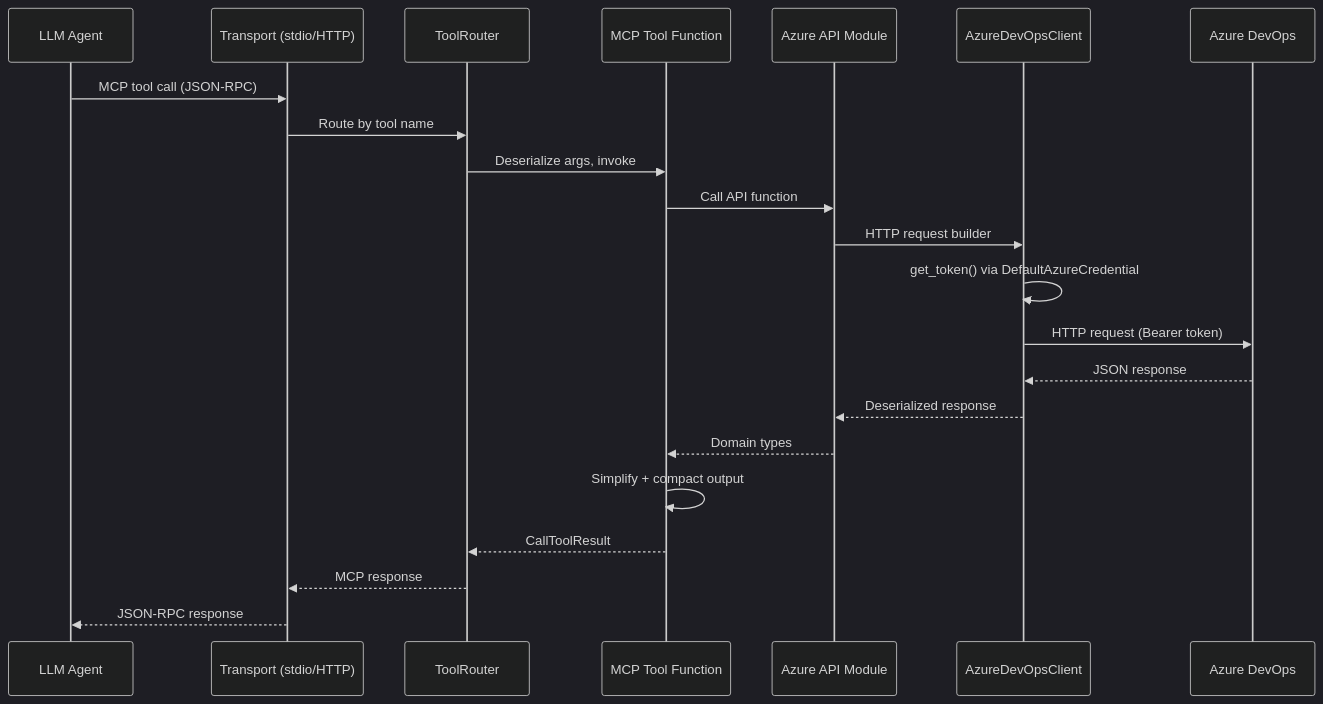
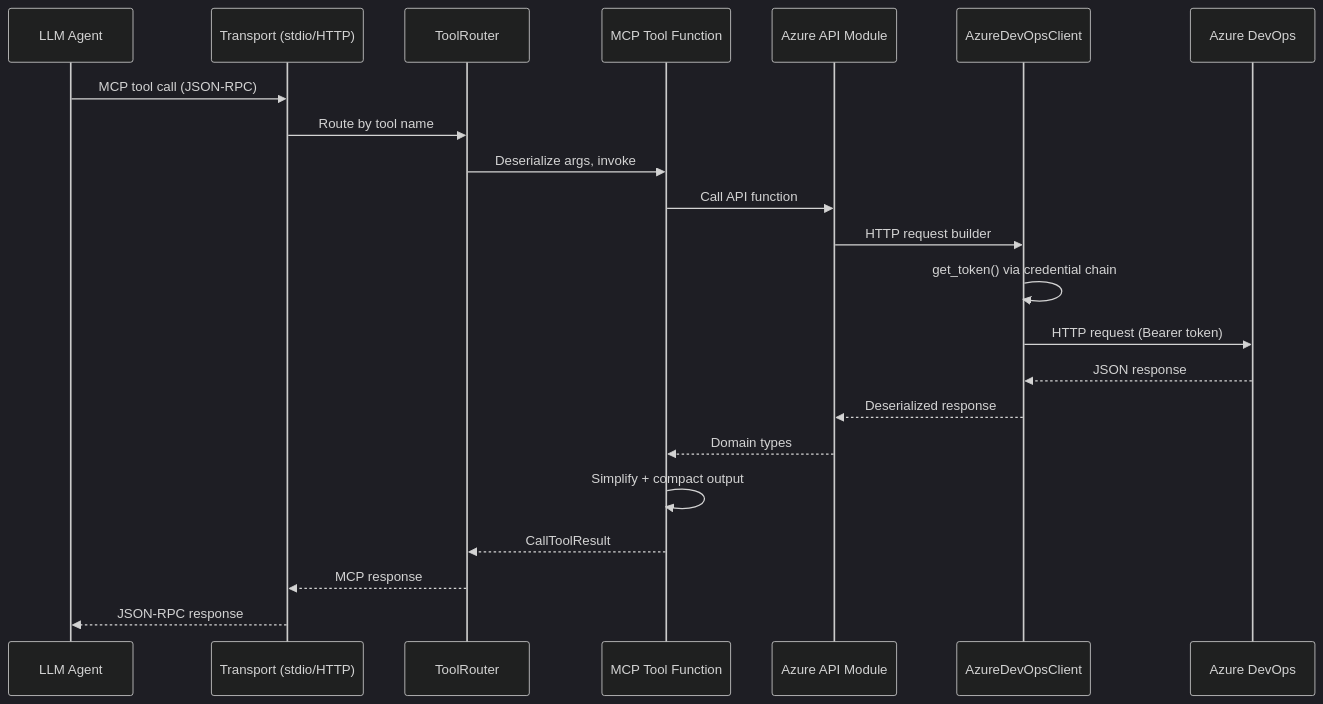
Before and after one commit to danielealbano/mcp-for-azure-devops-boards: the third of 5 diagrams in docs/ARCHITECTURE.md, drawn with Mermaid (dark theme). The commit also changed other lines of this file and 9 other files, not shown here.

````diff
--- a/docs/ARCHITECTURE.md
+++ b/docs/ARCHITECTURE.md
@@ -132,25 +132,25 @@
 ```mermaid
 sequenceDiagram
     participant LLM as LLM Agent
     participant Transport as Transport (stdio/HTTP)
     participant Router as ToolRouter
     participant Tool as MCP Tool Function
     participant API as Azure API Module
     participant Client as AzureDevOpsClient
     participant AzDO as Azure DevOps
 
     LLM->>Transport: MCP tool call (JSON-RPC)
     Transport->>Router: Route by tool name
     Router->>Tool: Deserialize args, invoke
     Tool->>API: Call API function
     API->>Client: HTTP request builder
-    Client->>Client: get_token() via DefaultAzureCredential
+    Client->>Client: get_token() via credential chain
     Client->>AzDO: HTTP request (Bearer token)
     AzDO-->>Client: JSON response
     Client-->>API: Deserialized response
     API-->>Tool: Domain types
     Tool->>Tool: Simplify + compact output
     Tool-->>Router: CallToolResult
     Router-->>Transport: MCP response
     Transport-->>LLM: JSON-RPC response
 ```
````
